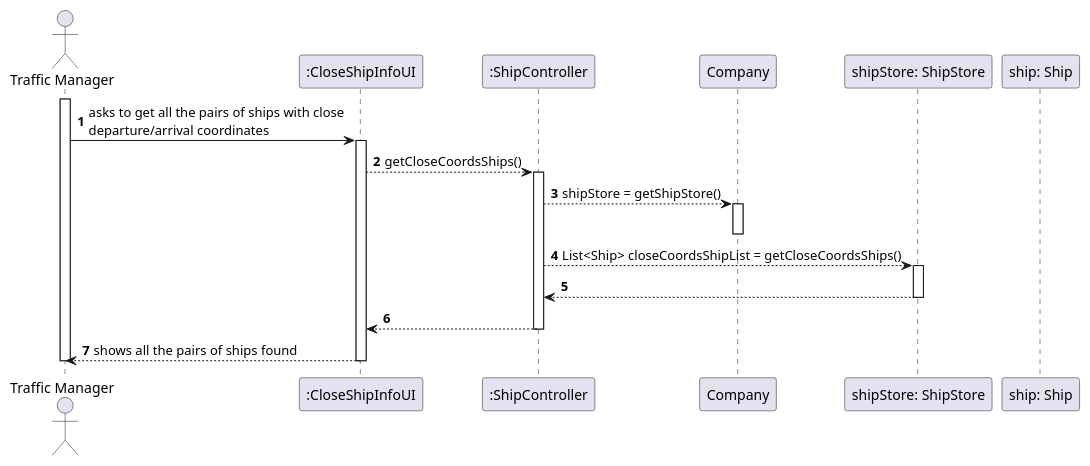
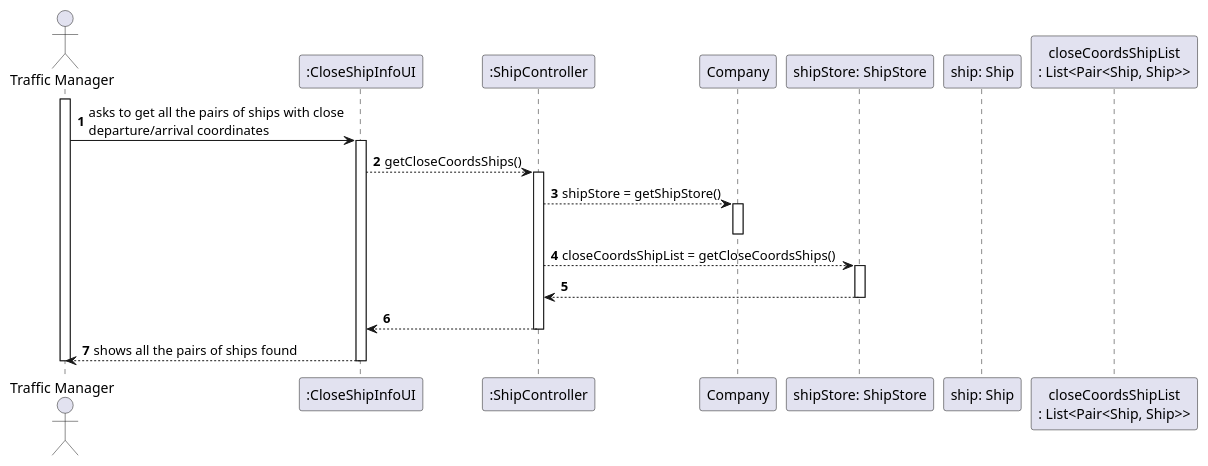
Before and after one commit to mpoboas/lapr3-2021-g102: the diagram in docs/Sprint1/US107/US107_SD.puml, drawn with PlantUML. The commit also changed 1 other file, not shown here.

```diff
--- a/docs/Sprint1/US107/US107_SD.puml
+++ b/docs/Sprint1/US107/US107_SD.puml
@@ -1,30 +1,31 @@
 @startuml
 autonumber
 'hide footbox
 actor "Traffic Manager" as TF
 
 participant ":CloseShipInfoUI" as UI
 participant ":ShipController" as CTRL
 participant "Company" as COMP
 participant "shipStore: ShipStore" as STR
 participant "ship: Ship" as SHIP
+participant "closeCoordsShipList\n: List<Pair<Ship, Ship>>"
 
 activate TF
 TF -> UI : asks to get all the pairs of ships with close\ndeparture/arrival coordinates
 activate UI
 UI --> CTRL : getCloseCoordsShips()
 activate CTRL
 CTRL --> COMP : shipStore = getShipStore()
 activate COMP
 deactivate COMP
-CTRL --> STR : List<Ship> closeCoordsShipList = getCloseCoordsShips()
+CTRL --> STR : closeCoordsShipList = getCloseCoordsShips()
 activate STR
 STR --> CTRL
 deactivate STR
 CTRL --> UI
 deactivate CTRL
 UI --> TF : shows all the pairs of ships found
 deactivate UI
 deactivate TF
 
 @enduml
```
